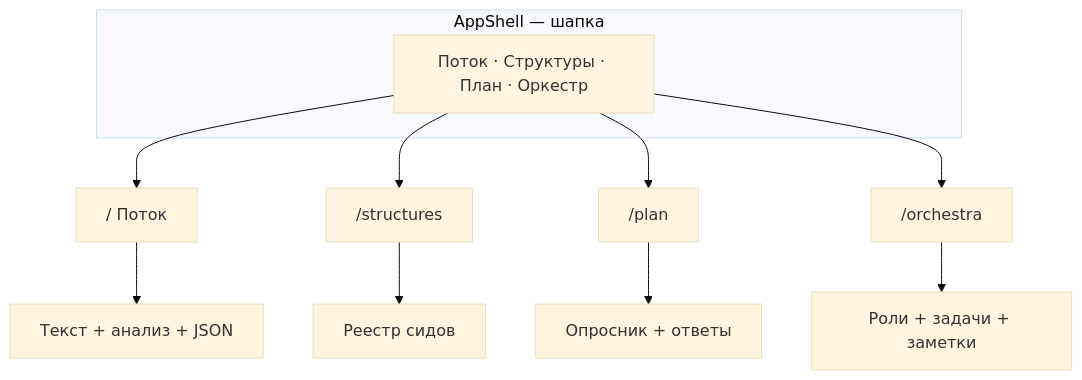
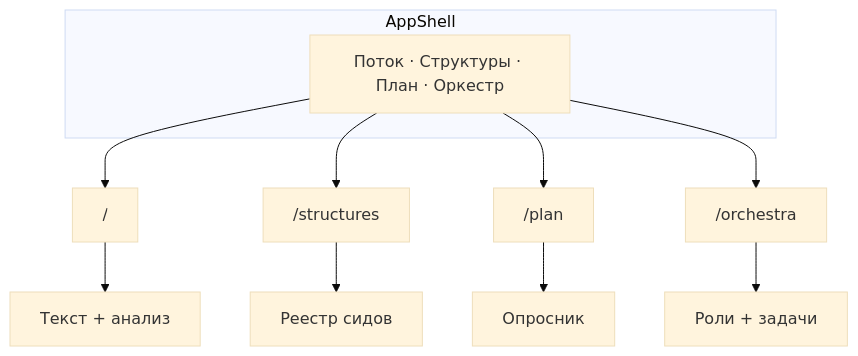
The diagram in web/docs/UI_OVERVIEW.md (Goncharov108/model), drawn with Mermaid (base theme) before and after one commit. The commit also changed other lines of this file and 1 other file, not shown here.

````diff
--- a/web/docs/UI_OVERVIEW.md
+++ b/web/docs/UI_OVERVIEW.md
@@ -29,14 +64,14 @@
 ```mermaid
 flowchart TB
-  subgraph shell [AppShell — шапка]
+  subgraph shell [AppShell]
     Nav[Поток · Структуры · План · Оркестр]
   end
-  Nav --> P["/ Поток"]
+  Nav --> P["/"]
   Nav --> S["/structures"]
   Nav --> Pl["/plan"]
   Nav --> O["/orchestra"]
-  P --> Stream[Текст + анализ + JSON]
+  P --> Stream[Текст + анализ]
   S --> Reg[Реестр сидов]
-  Pl --> Q[Опросник + ответы]
-  O --> Orch[Роли + задачи + заметки]
+  Pl --> Q[Опросник]
+  O --> Orch[Роли + задачи]
 ```
````
